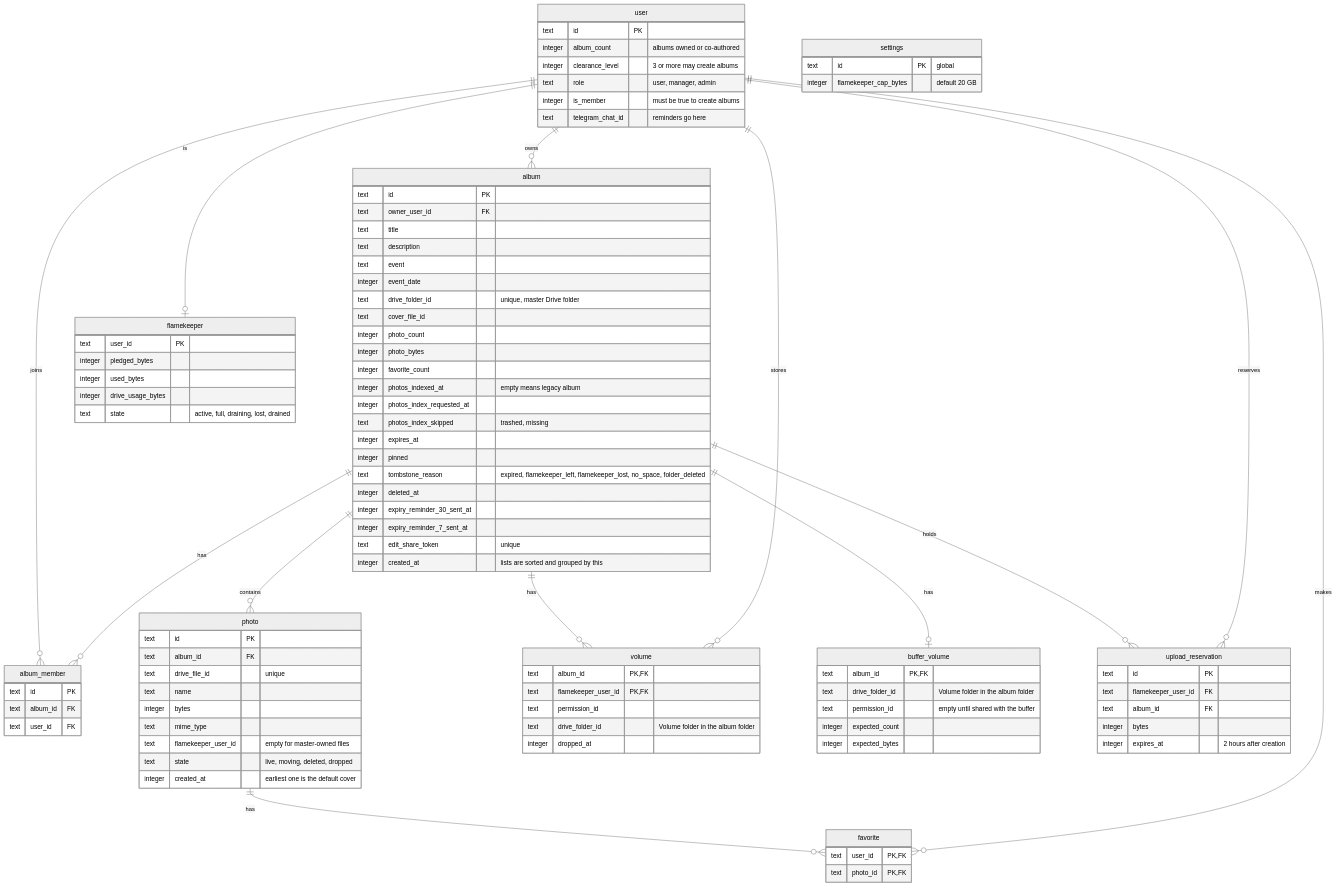
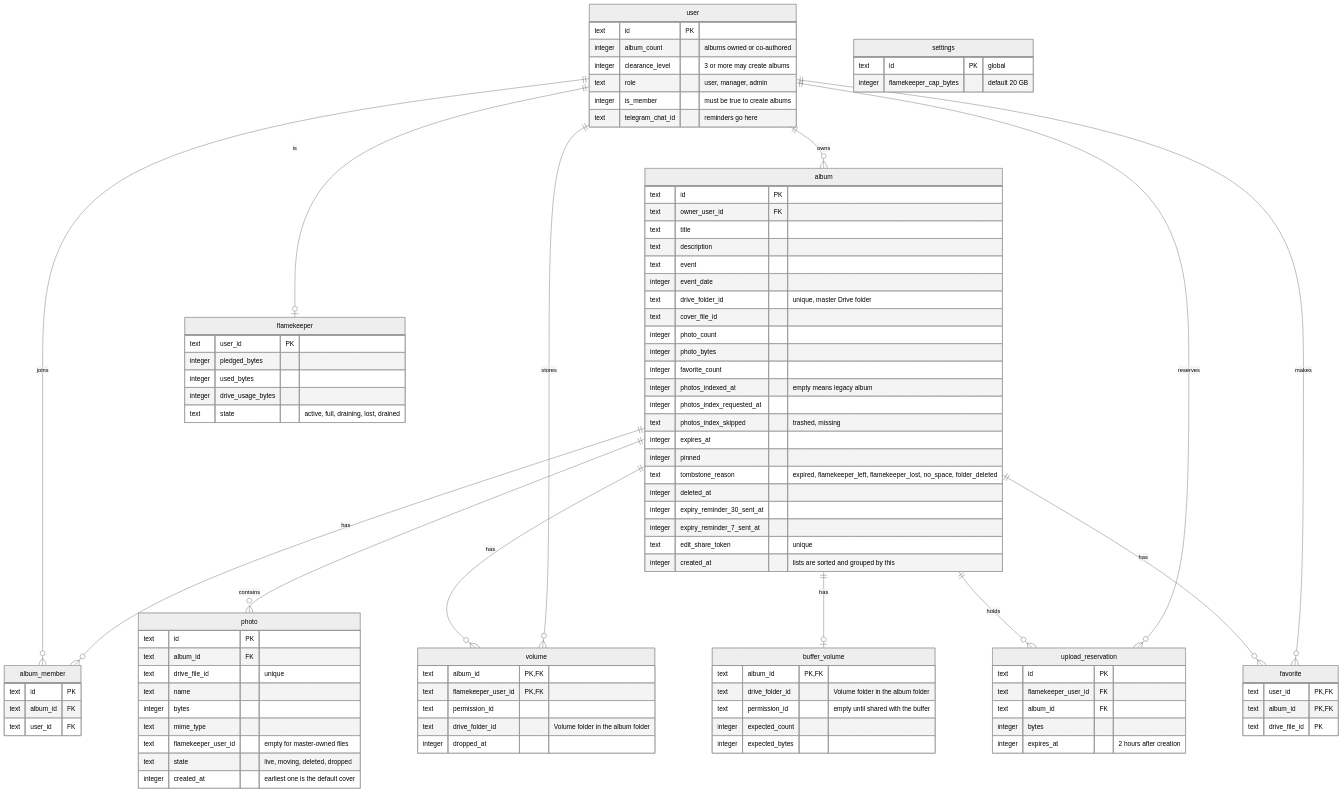
Before and after one commit to sagyzdop/meriksirat: the diagram in docs/scenarios/albums/erd.md, drawn with Mermaid (neutral theme). The commit also changed other lines of this file and 28 other files, not shown here.

```diff
--- a/docs/scenarios/albums/erd.md
+++ b/docs/scenarios/albums/erd.md
@@ -24,7 +24,7 @@
     album ||--o{ volume : has
     album ||--o| buffer_volume : has
     album ||--o{ upload_reservation : holds
-    photo ||--o{ favorite : has
+    album ||--o{ favorite : has
     user ||--o{ favorite : makes
     user ||--o{ volume : stores
     user ||--o{ upload_reservation : reserves
@@ -79,7 +79,8 @@
     }
     favorite {
         text user_id PK, FK
-        text photo_id PK, FK
+        text album_id PK, FK
+        text drive_file_id PK
     }
     buffer_volume {
         text album_id PK, FK
```
